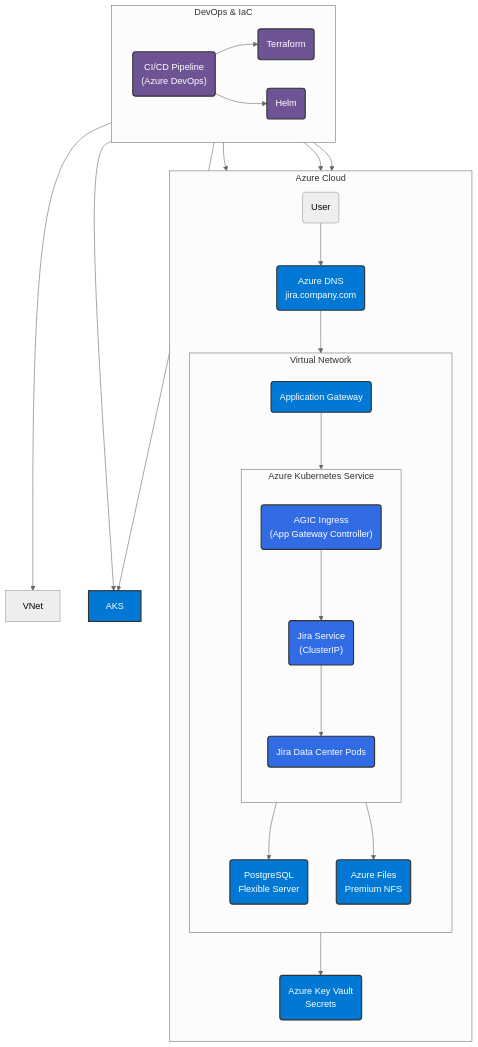
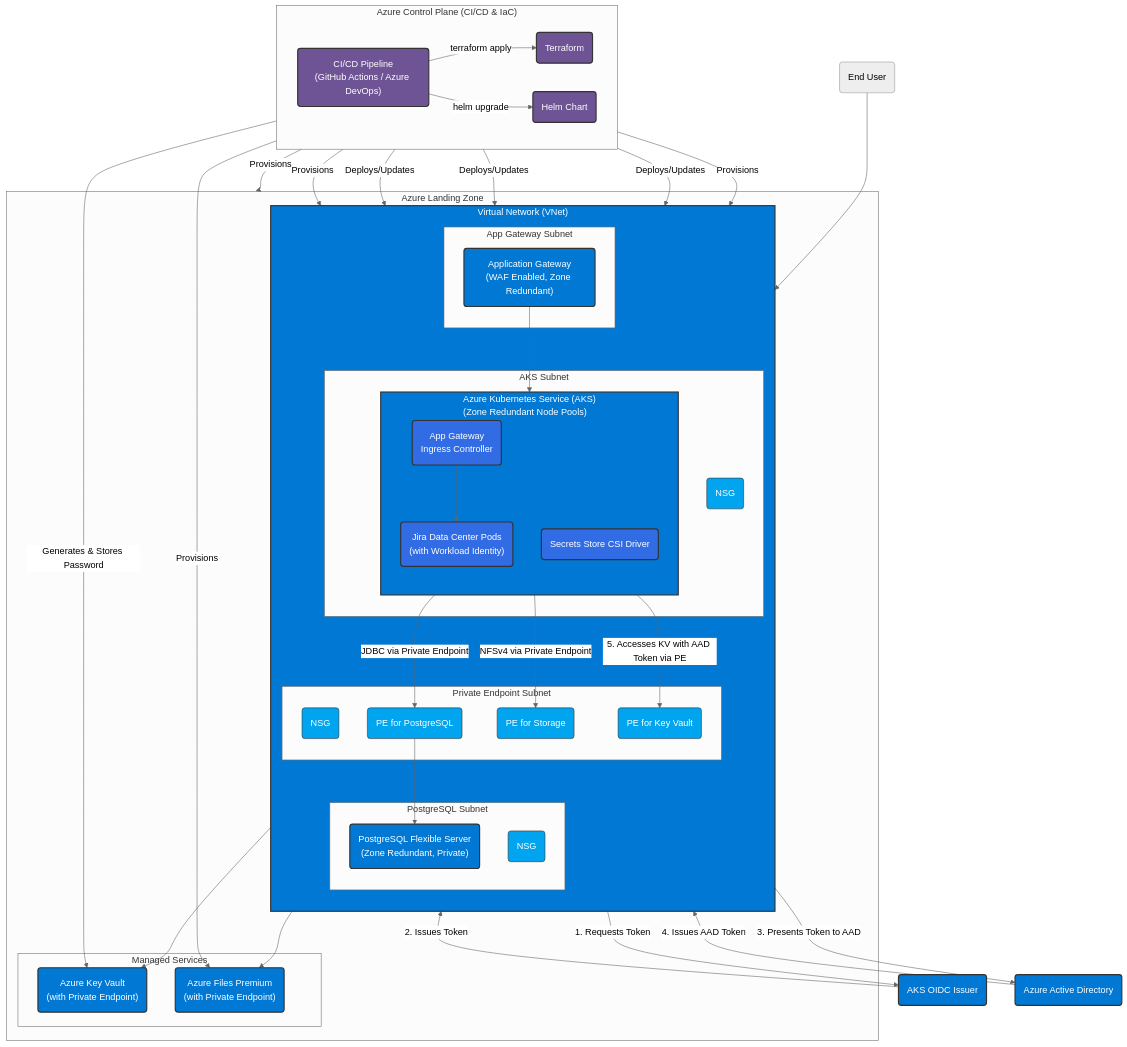
Before and after one commit to hatan4ik/jira-on-aws-eks: the diagram in azure/README.md, drawn with Mermaid (neutral theme). The commit also changed other lines of this file and 4 other files, not shown here.

````diff
--- a/azure/README.md
+++ b/azure/README.md
@@ -9,61 +15,91 @@
 ```mermaid
 graph TD
-    subgraph "DevOps & IaC"
+    subgraph "Azure Control Plane (CI/CD & IaC)"
         direction LR
-        CI_CD("CI/CD Pipeline<br>(Azure DevOps)")
+        CICD("CI/CD Pipeline<br>(GitHub Actions / Azure DevOps)")
         Terraform("Terraform")
-        Helm("Helm")
+        Helm("Helm Chart")
     end
 
-    subgraph "Azure Cloud"
-        direction TB
-        User("User")
-        AzureDNS("Azure DNS<br>jira.company.com")
+    subgraph "Azure Landing Zone"
+        subgraph VNet["Virtual Network (VNet)"]
+            direction TB
 
-        subgraph "Virtual Network"
-            direction TB
-            AppGW("Application Gateway")
-
-            subgraph "Azure Kubernetes Service"
-                direction TB
-                Ingress("AGIC Ingress<br>(App Gateway Controller)")
-                Service("Jira Service<br>(ClusterIP)")
-                JiraPods("Jira Data Center Pods")
+            subgraph AppGwSubnet["App Gateway Subnet"]
+                AppGW("Application Gateway<br>(WAF Enabled, Zone Redundant)")
             end
 
-            PostgreSQL("PostgreSQL<br>Flexible Server")
-            AzureFiles("Azure Files<br>Premium NFS")
+            subgraph AksSubnet["AKS Subnet"]
+                NSG_AKS("NSG")
+                subgraph AKS["Azure Kubernetes Service (AKS)<br>(Zone Redundant Node Pools)"]
+                    direction TB
+                    AGIC("App Gateway<br>Ingress Controller")
+                    JiraPods("Jira Data Center Pods<br>(with Workload Identity)")
+                    CSI("Secrets Store CSI Driver")
+                end
+            end
+
+            subgraph DbSubnet["PostgreSQL Subnet"]
+                NSG_DB("NSG")
+                PostgreSQL("PostgreSQL Flexible Server<br>(Zone Redundant, Private)")
+            end
+
+            subgraph PeSubnet["Private Endpoint Subnet"]
+                NSG_PE("NSG")
+                PE_KV("PE for Key Vault")
+                PE_PG("PE for PostgreSQL")
+                PE_Storage("PE for Storage")
+            end
         end
-        
-        KeyVault("Azure Key Vault<br>Secrets")
+
+        subgraph "Managed Services"
+            KeyVault("Azure Key Vault<br>(with Private Endpoint)")
+            AzureFiles("Azure Files Premium<br>(with Private Endpoint)")
+        end
     end
 
-    User --> AzureDNS
-    AzureDNS --> AppGW
-    AppGW --> Ingress
-    Ingress --> Service
-    Service --> JiraPods
-    JiraPods --> PostgreSQL
-    JiraPods --> AzureFiles
-    JiraPods --> KeyVault
+    %% User and Data Flow
+    User("End User") --> AppGW
+    AppGW --> AGIC
+    AGIC --> JiraPods
+    
+    JiraPods -- "JDBC via Private Endpoint" --> PE_PG
+    PE_PG --> PostgreSQL
 
-    CI_CD --> Terraform
-    CI_CD --> Helm
+    JiraPods -- "NFSv4 via Private Endpoint" --> PE_Storage
+    PE_Storage --> AzureFiles
+    
+    %% Secrets Flow (Workload Identity)
+    JiraPods -- "1. Requests Token" --> OIDC(AKS OIDC Issuer)
+    OIDC -- "2. Issues Token" --> JiraPods
+    JiraPods -- "3. Presents Token to AAD" --> AAD("Azure Active Directory")
+    AAD -- "4. Issues AAD Token" --> JiraPods
+    JiraPods -- "5. Accesses KV with AAD Token via PE" --> PE_KV
+    PE_KV --> KeyVault
+    
+    %% Control Plane / Management
+    CICD -- "terraform apply" --> Terraform
+    Terraform -- "Provisions" --> VNet
+    Terraform -- "Provisions" --> AKS
+    Terraform -- "Provisions" --> PostgreSQL
+    Terraform -- "Provisions" --> AzureFiles
+    Terraform -- "Generates & Stores Password" --> KeyVault
 
-    Terraform --> VNet
-    Terraform --> AKS
-    Terraform --> PostgreSQL
-    Terraform --> AzureFiles
-    Terraform --> KeyVault
+    CICD -- "helm upgrade" --> Helm
+    Helm -- "Deploys/Updates" --> CSI
+    Helm -- "Deploys/Updates" --> AGIC
+    Helm -- "Deploys/Updates" --> JiraPods
 
-    Helm --> AKS
-
+    %% Styling
     classDef azureService fill:#0078D4,stroke:#333,stroke-width:2px,color:white;
-    class AppGW,AzureDNS,AKS,PostgreSQL,AzureFiles,KeyVault azureService;
+    class AppGW,AKS,PostgreSQL,AzureFiles,KeyVault,AAD,OIDC,VNet azureService;
 
     classDef k8s fill:#326CE5,stroke:#333,stroke-width:2px,color:white;
-    class Ingress,Service,JiraPods k8s;
+    class AGIC,JiraPods,CSI k8s;
 
     classDef devops fill:#6E5494,stroke:#333,stroke-width:2px,color:white;
-    class CI_CD,Terraform,Helm devops;
+    class CICD,Terraform,Helm devops;
+    
+    classDef network fill:#00A4EF,stroke:#333,stroke-width:1px,color:white;
+    class PE_KV,PE_PG,PE_Storage,NSG_AKS,NSG_DB,NSG_PE network;
 ```
````
